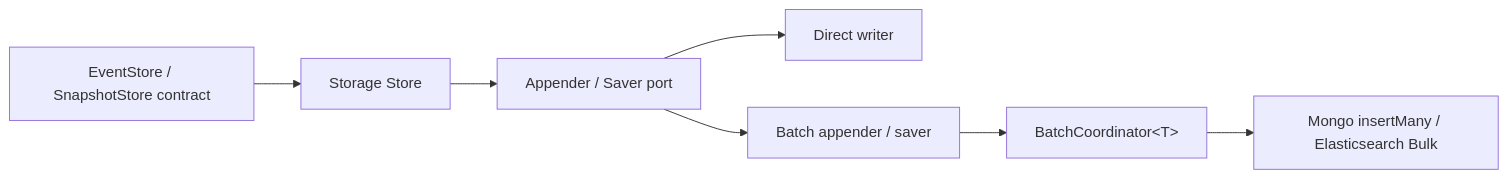
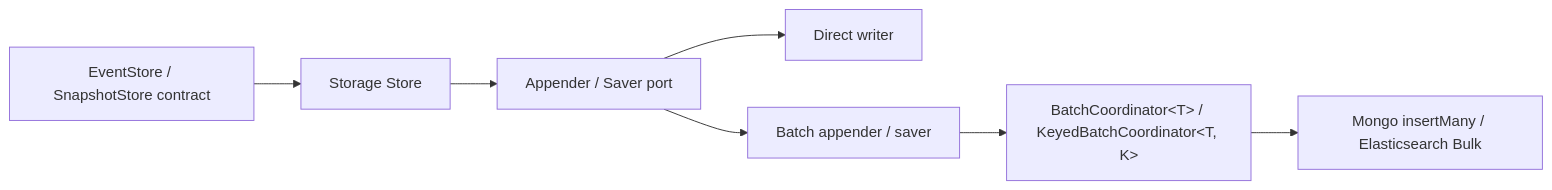
The diagram in document/design/2026-07-26-storage-batching.md (Ahoo-Wang/Wow), drawn with Mermaid before and after one commit. The commit also changed other lines of this file and 25 other files, not shown here.

First line of the commit message:
perf(batch): add keyed concurrent write lanes

````diff
--- a/document/design/2026-07-26-storage-batching.md
+++ b/document/design/2026-07-26-storage-batching.md
@@ -17,17 +17,17 @@
 ```mermaid
 flowchart LR
     Domain["EventStore / SnapshotStore contract"]
     Store["Storage Store"]
     Port["Appender / Saver port"]
     Direct["Direct writer"]
     Batch["Batch appender / saver"]
-    Coordinator["BatchCoordinator&lt;T&gt;"]
+    Coordinator["BatchCoordinator&lt;T&gt; / KeyedBatchCoordinator&lt;T, K&gt;"]
     Protocol["Mongo insertMany / Elasticsearch Bulk"]
 
     Domain --> Store
     Store --> Port
     Port --> Direct
     Port --> Batch
     Batch --> Coordinator
     Coordinator --> Protocol
 ```
````
